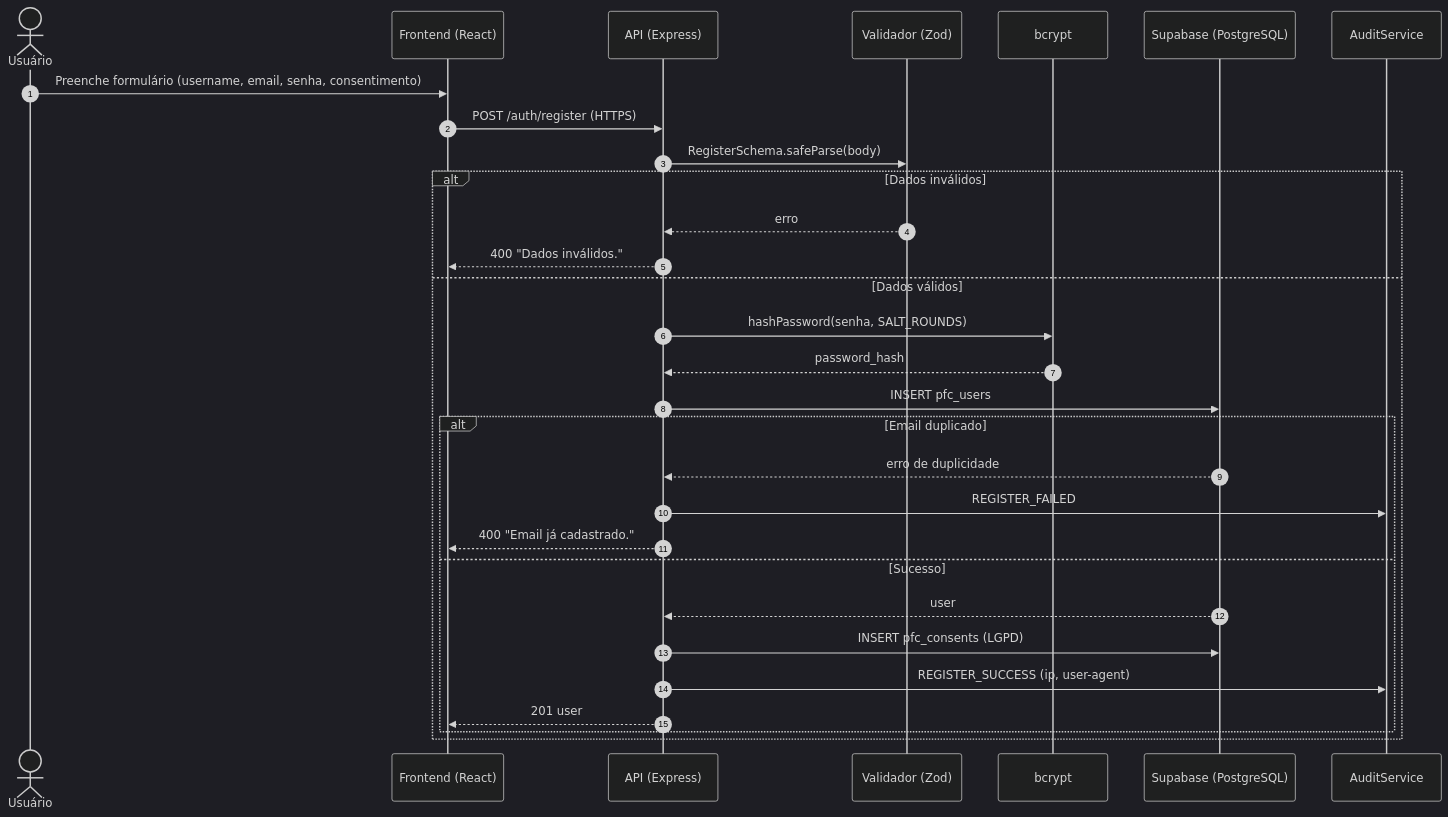
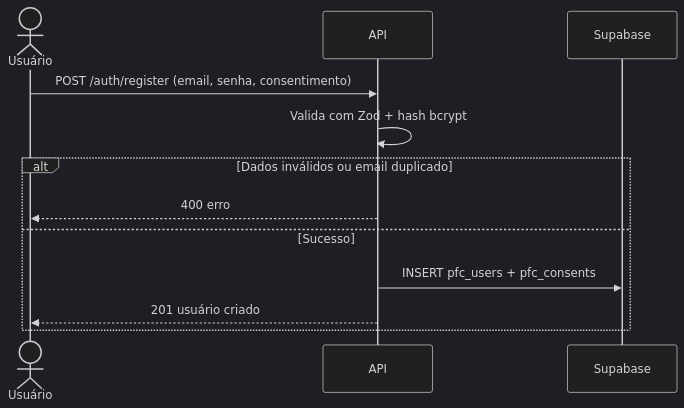
One commit to gabriel-vcordeiro/PFC changed the first of 2 diagrams in Docs/Diagramas/01-Fluxo-de-Autenticacao.md. Above: the diagram before and after it, drawn with Mermaid (dark theme). The commit also changed other lines of this file, not shown here.

````diff
--- a/Docs/Diagramas/01-Fluxo-de-Autenticacao.md
+++ b/Docs/Diagramas/01-Fluxo-de-Autenticacao.md
@@ -11,33 +15,15 @@
 ```mermaid
 sequenceDiagram
-    autonumber
     actor U as Usuário
-    participant F as Frontend (React)
-    participant API as API (Express)
-    participant V as Validador (Zod)
-    participant H as bcrypt
-    participant DB as Supabase (PostgreSQL)
-    participant AUD as AuditService
+    participant API as API
+    participant DB as Supabase
 
-    U->>F: Preenche formulário (username, email, senha, consentimento)
-    F->>API: POST /auth/register (HTTPS)
-    API->>V: RegisterSchema.safeParse(body)
-    alt Dados inválidos
-        V-->>API: erro
-        API-->>F: 400 "Dados inválidos."
-    else Dados válidos
-        API->>H: hashPassword(senha, SALT_ROUNDS)
-        H-->>API: password_hash
-        API->>DB: INSERT pfc_users
-        alt Email duplicado
-            DB-->>API: erro de duplicidade
-            API->>AUD: REGISTER_FAILED
-            API-->>F: 400 "Email já cadastrado."
-        else Sucesso
-            DB-->>API: user
-            API->>DB: INSERT pfc_consents (LGPD)
-            API->>AUD: REGISTER_SUCCESS (ip, user-agent)
-            API-->>F: 201 user
-        end
+    U->>API: POST /auth/register (email, senha, consentimento)
+    API->>API: Valida com Zod + hash bcrypt
+    alt Dados inválidos ou email duplicado
+        API-->>U: 400 erro
+    else Sucesso
+        API->>DB: INSERT pfc_users + pfc_consents
+        API-->>U: 201 usuário criado
     end
 ```
````
